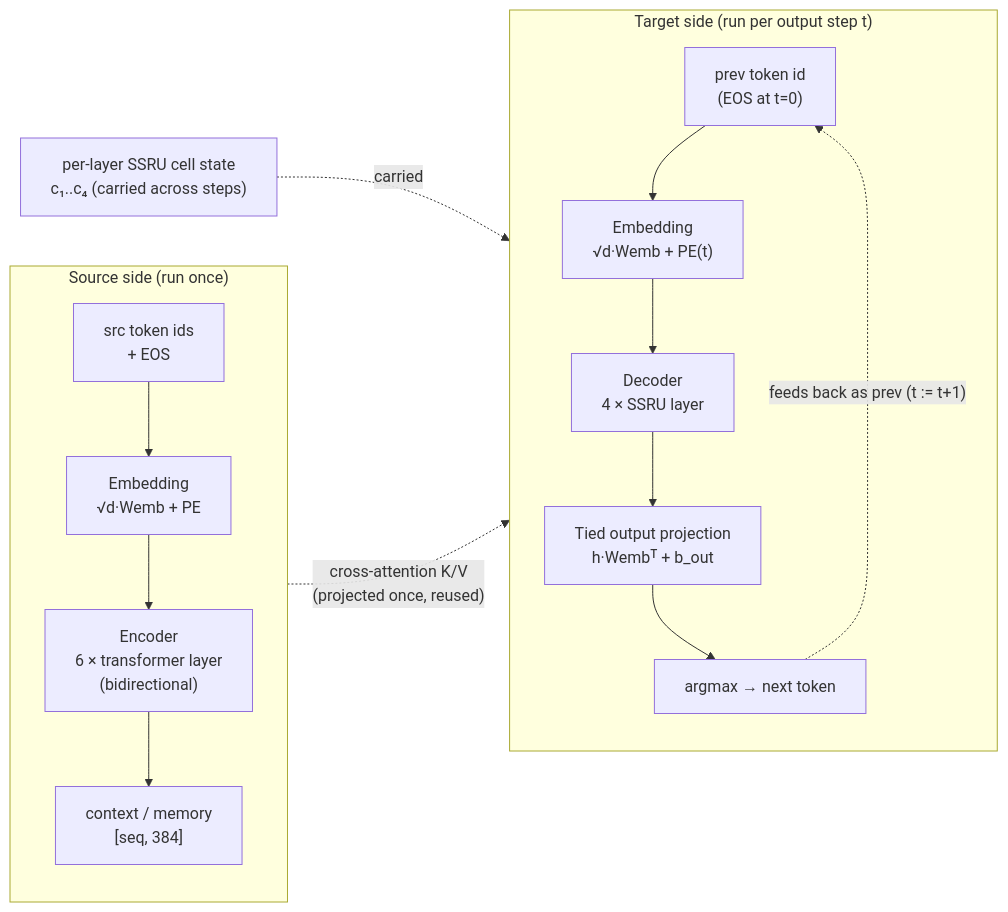
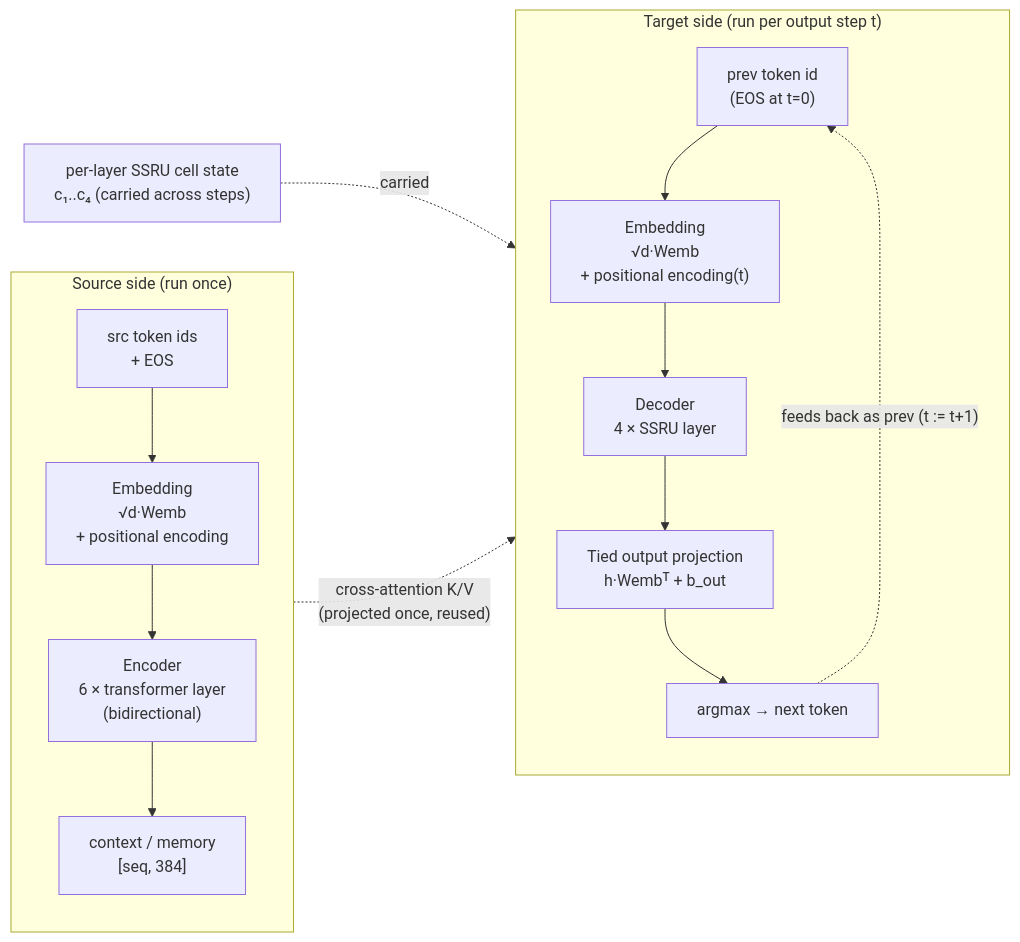
One commit to gregtatum/translations changed the first of 6 diagrams in inference-rs/architecture.md. Above: the diagram before and after it, drawn with Mermaid. The commit also changed other lines of this file and 27 other files, not shown here.

Commit message:
Rename pe to positional encoding

````diff
--- a/inference-rs/architecture.md
+++ b/inference-rs/architecture.md
@@ -62,21 +62,21 @@
 ```mermaid
 flowchart LR
   subgraph SRC["Source side (run once)"]
     direction TB
-    s_ids["src token ids<br/>+ EOS"] --> s_emb["Embedding<br/>√d·Wemb + PE"]
+    s_ids["src token ids<br/>+ EOS"] --> s_emb["Embedding<br/>√d·Wemb<br/>+ positional encoding"]
     s_emb --> enc["Encoder<br/>6 × transformer layer<br/>(bidirectional)"]
     enc --> ctx["context / memory<br/>[seq, 384]"]
   end
 
   subgraph TRG["Target side (run per output step t)"]
     direction TB
-    prev["prev token id<br/>(EOS at t=0)"] --> t_emb["Embedding<br/>√d·Wemb + PE(t)"]
+    prev["prev token id<br/>(EOS at t=0)"] --> t_emb["Embedding<br/>√d·Wemb<br/>+ positional encoding(t)"]
     t_emb --> dec["Decoder<br/>4 × SSRU layer"]
     dec --> proj["Tied output projection<br/>h·Wembᵀ + b_out"]
     proj --> argmax["argmax → next token"]
   end
 
   ctx -. "cross-attention K/V<br/>(projected once, reused)" .-> dec
   argmax -. "feeds back as prev (t := t+1)" .-> prev
   cells["per-layer SSRU cell state<br/>c₁..c₄  (carried across steps)"] -. carried .-> dec
 ```
````
